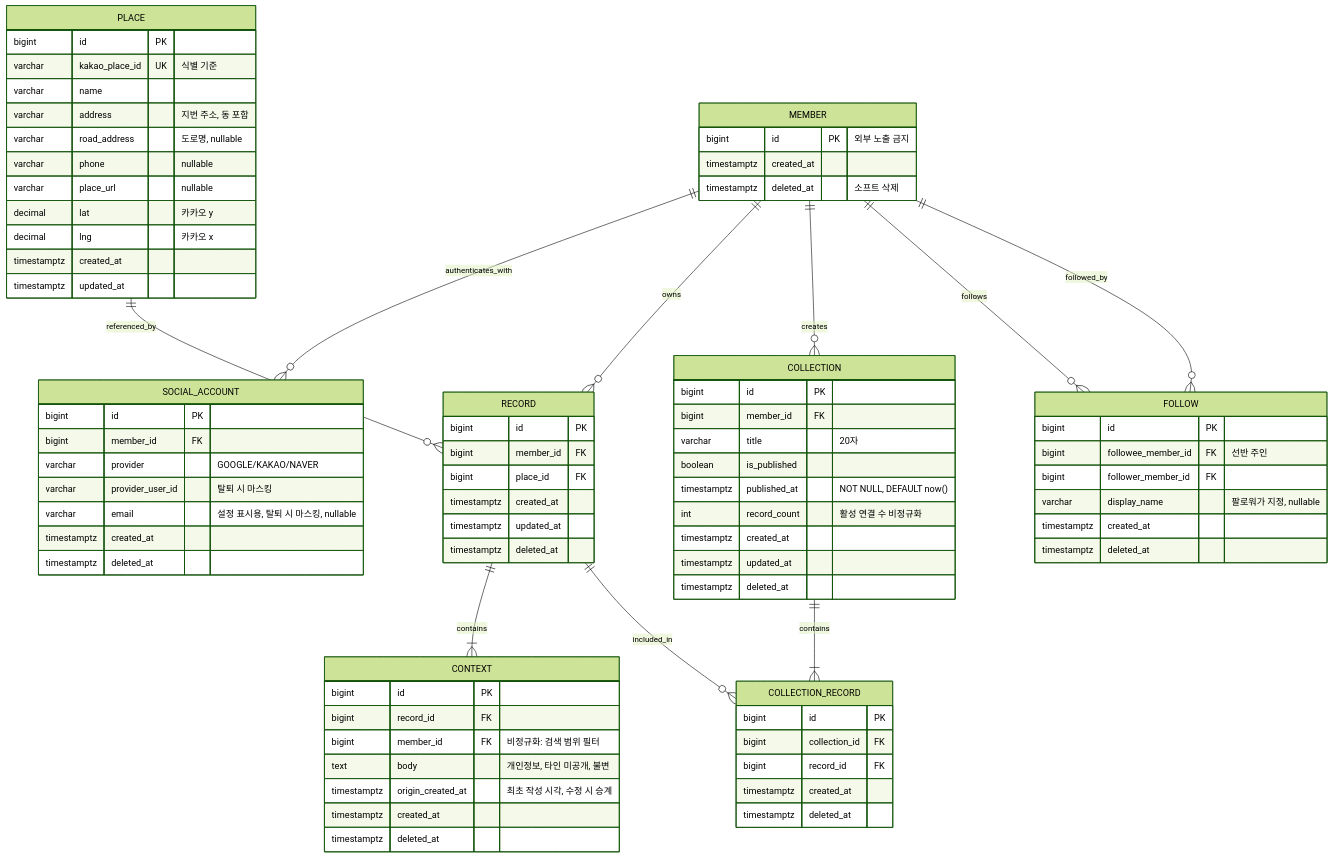
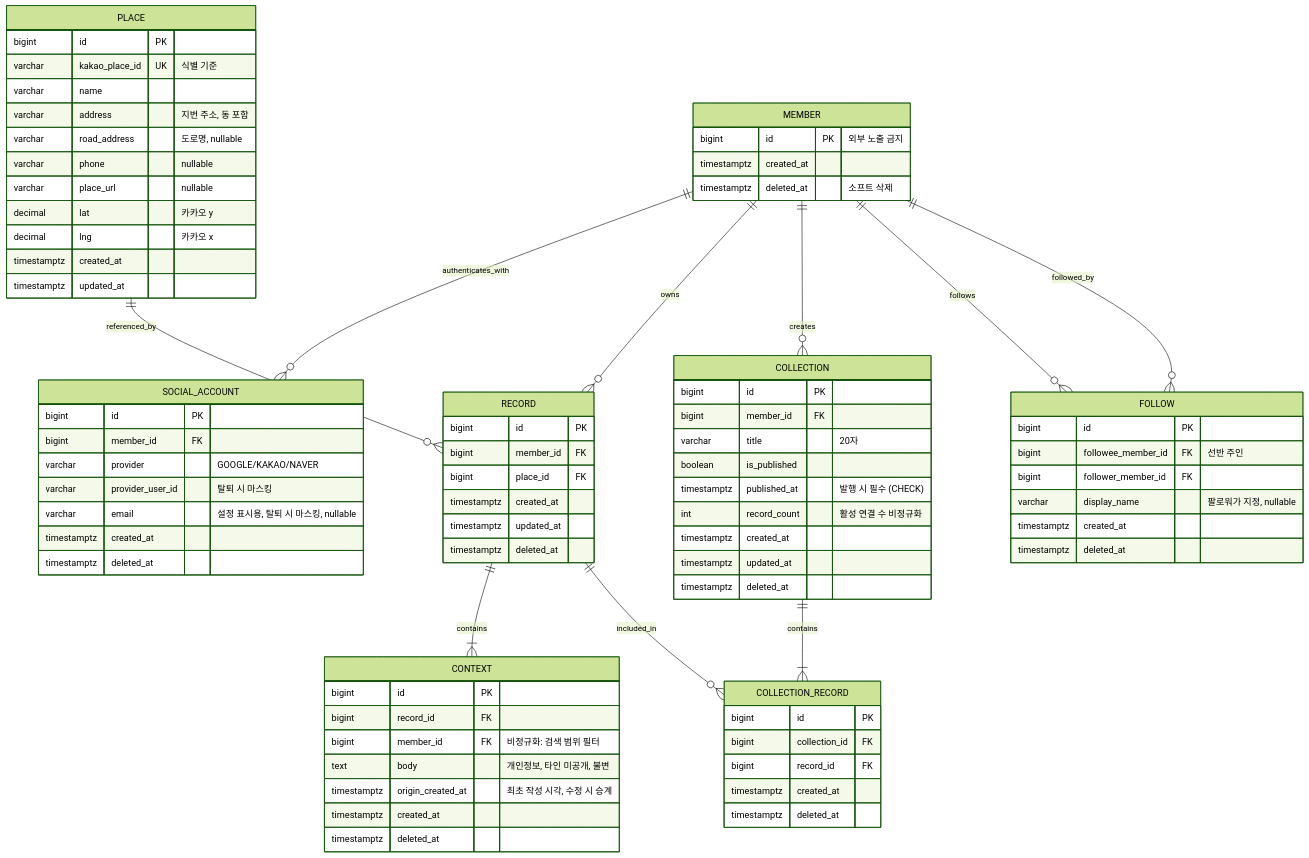
One commit to Team-PinLog/docs changed the first of 2 diagrams in static/07_ERD.md. Above: the diagram before and after it, drawn with Mermaid (forest theme). The commit also changed 1 other file, not shown here.

Commit message:
docs(S15P11A705-125): published_at 불변식을 CHECK 함의형으로 정정한다
back#75 리뷰를 수용해 구현이 `NOT NULL DEFAULT now()`에서
`CHECK (NOT is_published OR published_at IS NOT NULL)`로 바뀌었습니다. 앞선 커밋이
정본에 반영한 NOT NULL 표기를 그에 맞게 정정합니다.

- 06 §2.6 스키마 표: `TIMESTAMPTZ NULL`로 되돌립니다. 컬럼 자체는 nullable입니다
- 06 §2.6 규칙: 발행된 행만 값을 반드시 갖는다는 것과, 컬럼을 NOT NULL로 만들지
  않는 이유(`is_published`가 false일 수 있다는 전제 위의 컬럼이라는 점)를 적습니다
- 06 §4.1 DB 보장 표: "Collection 발행 시각 누락 금지 / NOT NULL DEFAULT now()"를
  "발행된 Collection의 발행 시각 누락 금지 / CHECK"로 바꿉니다
- 07 ERD: COLLECTION.published_at 표기를 "발행 시 필수 (CHECK)"로 맞춥니다

08 API 명세의 `publishedAt` 응답 필드는 제약 형태와 무관해 손대지 않았습니다.

```diff
--- a/static/07_ERD.md
+++ b/static/07_ERD.md
@@ -72,7 +72,7 @@
         bigint member_id FK
         varchar title "20자"
         boolean is_published
-        timestamptz published_at "NOT NULL, DEFAULT now()"
+        timestamptz published_at "발행 시 필수 (CHECK)"
         int record_count "활성 연결 수 비정규화"
         timestamptz created_at
         timestamptz updated_at
```
